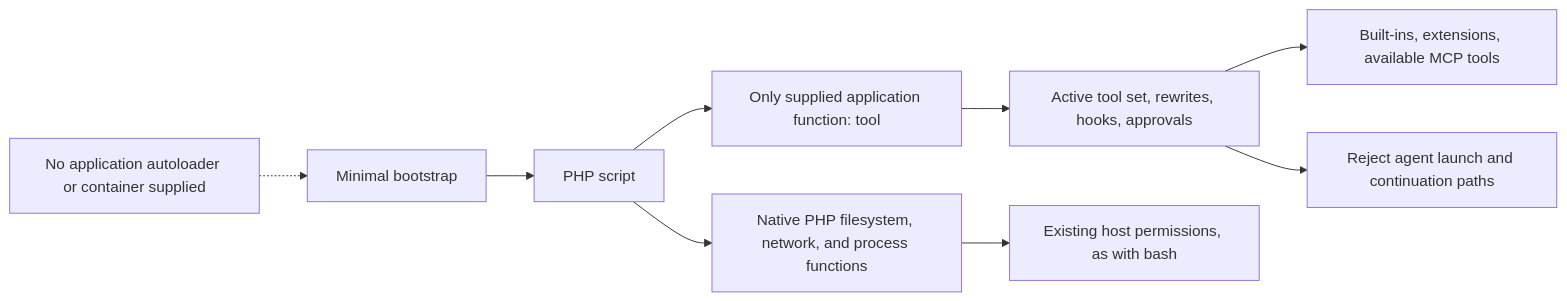
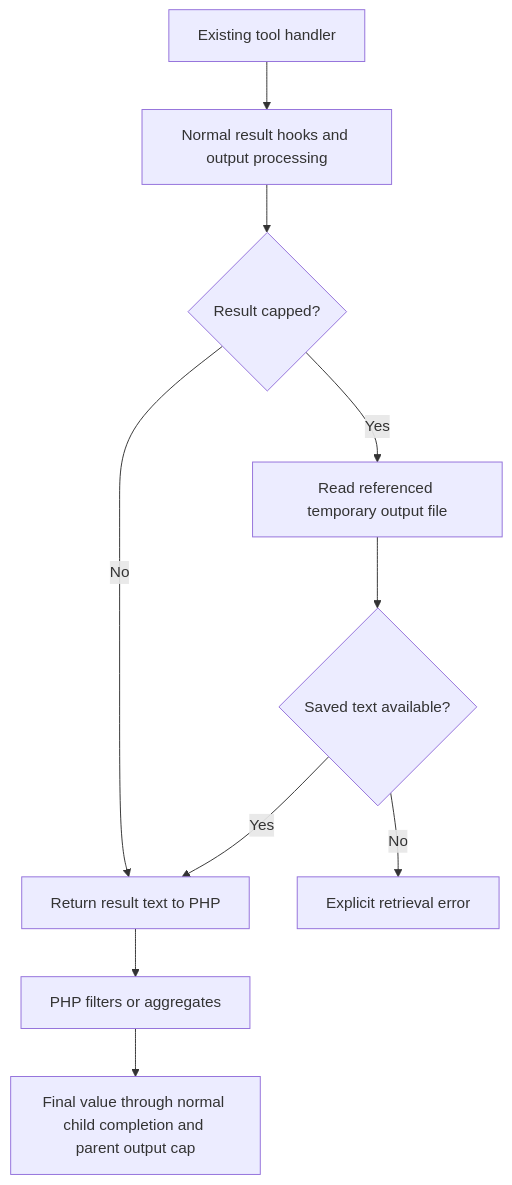
The third of 4 diagrams in architecture/php-code-mode-discovery.md (ineersa/agent-core), drawn with Mermaid before and after one commit. The commit also changed other lines of this file, not shown here.

Commit message:
docs: simplify code mode around script-driven subagents

````diff
--- a/architecture/php-code-mode-discovery.md
+++ b/architecture/php-code-mode-discovery.md
@@ -331,11 +118,12 @@
 ```mermaid
-flowchart LR
-    Script[PHP script] --> Bridge[Only supplied application function: tool]
-    Bridge --> Policy[Active tool set, rewrites, hooks, approvals]
-    Policy --> Allowed[Built-ins, extensions, available MCP tools]
-    Policy --> Denied[Reject agent launch and continuation paths]
-    Script --> Native[Native PHP filesystem, network, and process functions]
-    Native --> OS[Existing host permissions, as with bash]
-    Bootstrap[Minimal bootstrap] --> Script
-    Absent[No application autoloader or container supplied] -.-> Bootstrap
+flowchart TD
+    Handler[Existing tool handler] --> Pipeline[Normal result hooks and output processing]
+    Pipeline --> Capped{Result capped?}
+    Capped -->|No| Text[Return result text to PHP]
+    Capped -->|Yes| File[Read referenced temporary output file]
+    File --> Available{Saved text available?}
+    Available -->|Yes| Text
+    Available -->|No| Error[Explicit retrieval error]
+    Text --> PHP[PHP filters or aggregates]
+    PHP --> Final[Final value through normal child completion and parent output cap]
 ```
````
